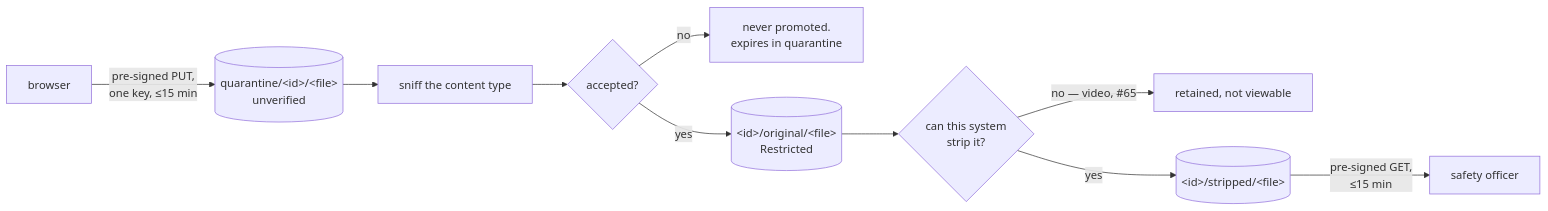
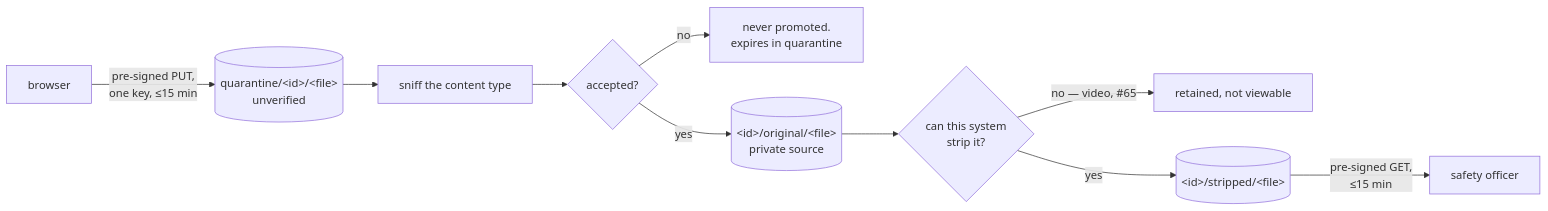
Before and after one commit to HPAC-Safety/safety-report: the first of 2 diagrams in docs/data-handling.md, drawn with Mermaid. The commit also changed other lines of this file and 117 other files, not shown here.

````diff
--- a/docs/data-handling.md
+++ b/docs/data-handling.md
@@ -120,12 +113,12 @@
 ```mermaid
 flowchart LR
     b["browser"] -->|"pre-signed PUT,<br/>one key, ≤15 min"| q[("quarantine/&lt;id&gt;/&lt;file&gt;<br/>unverified")]
     q --> sniff["sniff the content type"]
     sniff --> val{"accepted?"}
     val -->|no| rej["never promoted.<br/>expires in quarantine"]
-    val -->|yes| orig[("&lt;id&gt;/original/&lt;file&gt;<br/>Restricted")]
+    val -->|yes| orig[("&lt;id&gt;/original/&lt;file&gt;<br/>private source")]
     orig --> can{"can this system<br/>strip it?"}
     can -->|"no — video, #65"| held["retained, not viewable"]
     can -->|yes| der[("&lt;id&gt;/stripped/&lt;file&gt;")]
     der -->|"pre-signed GET,<br/>≤15 min"| rev["safety officer"]
 ```
````
